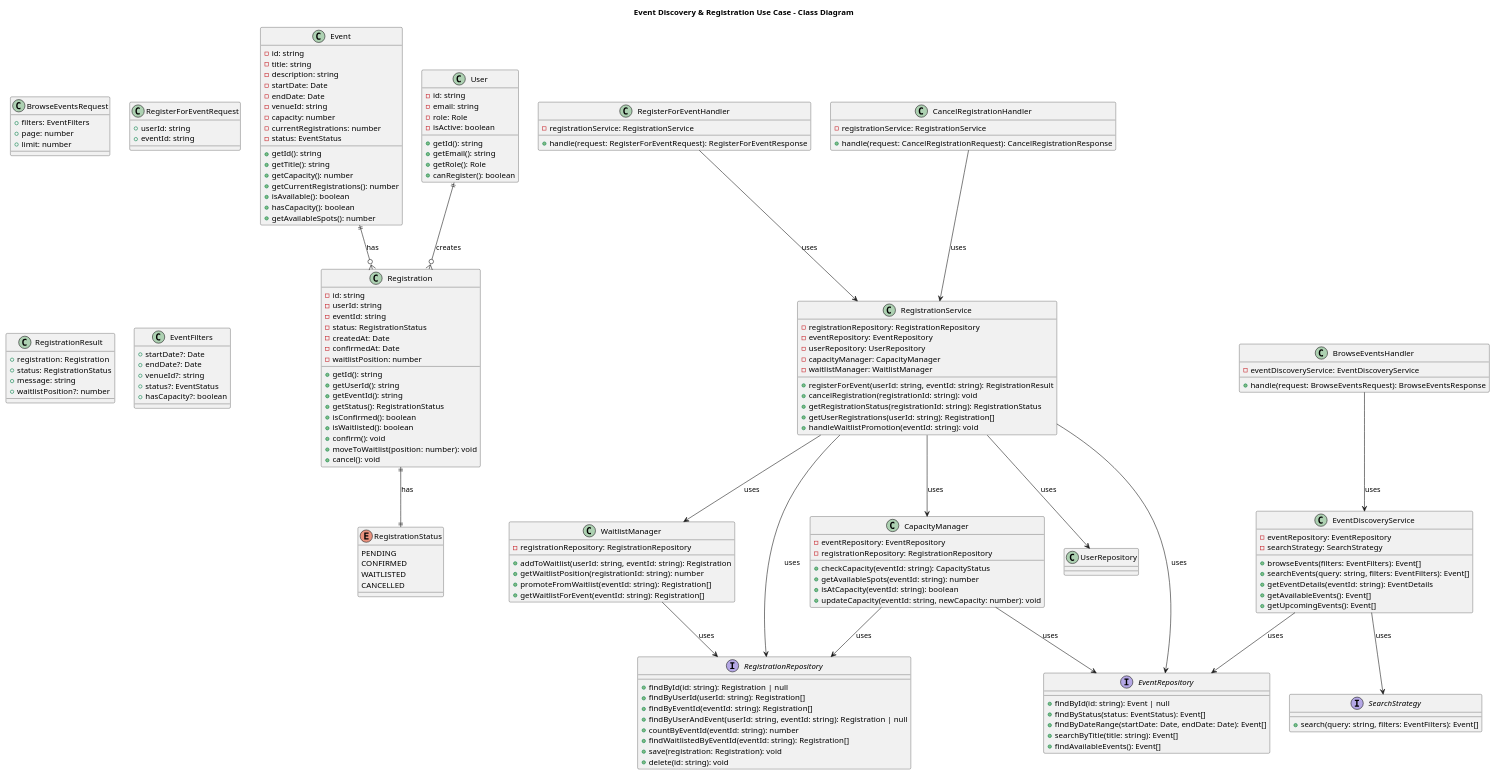
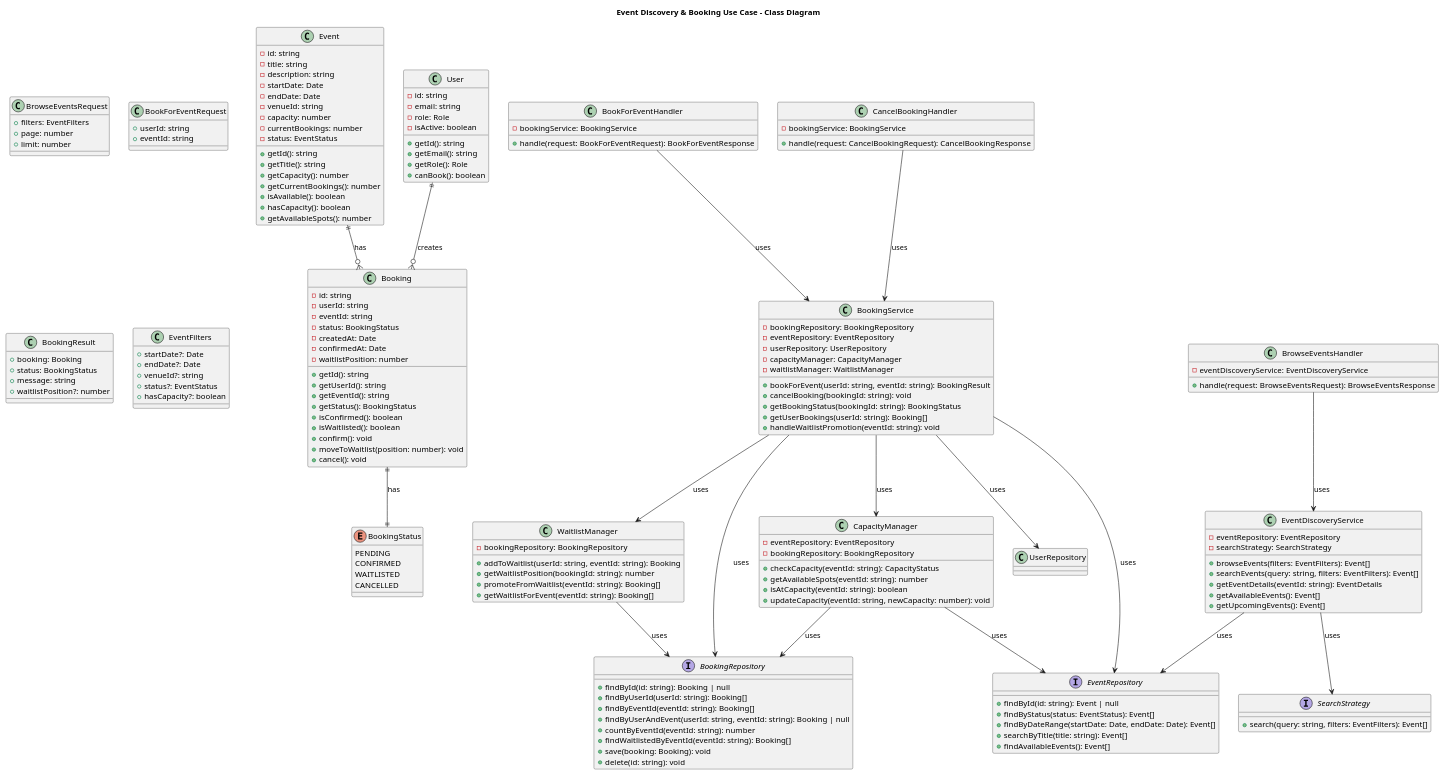
Before and after one commit to Buffden/Event-Management-System: the diagram in docs/low-level-design/uml/class-diagrams/03-event-discovery-registration-use-case.puml, drawn with PlantUML. The commit also changed 35 other files, not shown here.

```diff
--- a/docs/low-level-design/uml/class-diagrams/03-event-discovery-registration-use-case.puml
+++ b/docs/low-level-design/uml/class-diagrams/03-event-discovery-registration-use-case.puml
@@ -1,192 +1,192 @@
-@startuml EventDiscoveryRegistrationUseCase
-title Event Discovery & Registration Use Case - Class Diagram
+@startuml EventDiscoveryBookingUseCase
+title Event Discovery & Booking Use Case - Class Diagram
 
 ' Core Domain Entities
 class Event {
   - id: string
   - title: string
   - description: string
   - startDate: Date
   - endDate: Date
   - venueId: string
   - capacity: number
-  - currentRegistrations: number
+  - currentBookings: number
   - status: EventStatus
   + getId(): string
   + getTitle(): string
   + getCapacity(): number
-  + getCurrentRegistrations(): number
+  + getCurrentBookings(): number
   + isAvailable(): boolean
   + hasCapacity(): boolean
   + getAvailableSpots(): number
 }
 
-class Registration {
+class Booking {
   - id: string
   - userId: string
   - eventId: string
-  - status: RegistrationStatus
+  - status: BookingStatus
   - createdAt: Date
   - confirmedAt: Date
   - waitlistPosition: number
   + getId(): string
   + getUserId(): string
   + getEventId(): string
-  + getStatus(): RegistrationStatus
+  + getStatus(): BookingStatus
   + isConfirmed(): boolean
   + isWaitlisted(): boolean
   + confirm(): void
   + moveToWaitlist(position: number): void
   + cancel(): void
 }
 
 class User {
   - id: string
   - email: string
   - role: Role
   - isActive: boolean
   + getId(): string
   + getEmail(): string
   + getRole(): Role
-  + canRegister(): boolean
+  + canBook(): boolean
 }
 
-enum RegistrationStatus {
+enum BookingStatus {
   PENDING
   CONFIRMED
   WAITLISTED
   CANCELLED
 }
 
 ' Domain Services
 class EventDiscoveryService {
   - eventRepository: EventRepository
   - searchStrategy: SearchStrategy
   + browseEvents(filters: EventFilters): Event[]
   + searchEvents(query: string, filters: EventFilters): Event[]
   + getEventDetails(eventId: string): EventDetails
   + getAvailableEvents(): Event[]
   + getUpcomingEvents(): Event[]
 }
 
-class RegistrationService {
-  - registrationRepository: RegistrationRepository
+class BookingService {
+  - bookingRepository: BookingRepository
   - eventRepository: EventRepository
   - userRepository: UserRepository
   - capacityManager: CapacityManager
   - waitlistManager: WaitlistManager
-  + registerForEvent(userId: string, eventId: string): RegistrationResult
-  + cancelRegistration(registrationId: string): void
-  + getRegistrationStatus(registrationId: string): RegistrationStatus
-  + getUserRegistrations(userId: string): Registration[]
+  + bookForEvent(userId: string, eventId: string): BookingResult
+  + cancelBooking(bookingId: string): void
+  + getBookingStatus(bookingId: string): BookingStatus
+  + getUserBookings(userId: string): Booking[]
   + handleWaitlistPromotion(eventId: string): void
 }
 
 class CapacityManager {
   - eventRepository: EventRepository
-  - registrationRepository: RegistrationRepository
+  - bookingRepository: BookingRepository
   + checkCapacity(eventId: string): CapacityStatus
   + getAvailableSpots(eventId: string): number
   + isAtCapacity(eventId: string): boolean
   + updateCapacity(eventId: string, newCapacity: number): void
 }
 
 class WaitlistManager {
-  - registrationRepository: RegistrationRepository
-  + addToWaitlist(userId: string, eventId: string): Registration
-  + getWaitlistPosition(registrationId: string): number
-  + promoteFromWaitlist(eventId: string): Registration[]
-  + getWaitlistForEvent(eventId: string): Registration[]
+  - bookingRepository: BookingRepository
+  + addToWaitlist(userId: string, eventId: string): Booking
+  + getWaitlistPosition(bookingId: string): number
+  + promoteFromWaitlist(eventId: string): Booking[]
+  + getWaitlistForEvent(eventId: string): Booking[]
 }
 
 ' Application Handlers
 class BrowseEventsHandler {
   - eventDiscoveryService: EventDiscoveryService
   + handle(request: BrowseEventsRequest): BrowseEventsResponse
 }
 
-class RegisterForEventHandler {
-  - registrationService: RegistrationService
-  + handle(request: RegisterForEventRequest): RegisterForEventResponse
+class BookForEventHandler {
+  - bookingService: BookingService
+  + handle(request: BookForEventRequest): BookForEventResponse
 }
 
-class CancelRegistrationHandler {
-  - registrationService: RegistrationService
-  + handle(request: CancelRegistrationRequest): CancelRegistrationResponse
+class CancelBookingHandler {
+  - bookingService: BookingService
+  + handle(request: CancelBookingRequest): CancelBookingResponse
 }
 
 ' Infrastructure Layer
 interface EventRepository {
   + findById(id: string): Event | null
   + findByStatus(status: EventStatus): Event[]
   + findByDateRange(startDate: Date, endDate: Date): Event[]
   + searchByTitle(title: string): Event[]
   + findAvailableEvents(): Event[]
 }
 
-interface RegistrationRepository {
-  + findById(id: string): Registration | null
-  + findByUserId(userId: string): Registration[]
-  + findByEventId(eventId: string): Registration[]
-  + findByUserAndEvent(userId: string, eventId: string): Registration | null
+interface BookingRepository {
+  + findById(id: string): Booking | null
+  + findByUserId(userId: string): Booking[]
+  + findByEventId(eventId: string): Booking[]
+  + findByUserAndEvent(userId: string, eventId: string): Booking | null
   + countByEventId(eventId: string): number
-  + findWaitlistedByEventId(eventId: string): Registration[]
-  + save(registration: Registration): void
+  + findWaitlistedByEventId(eventId: string): Booking[]
+  + save(booking: Booking): void
   + delete(id: string): void
 }
 
 interface SearchStrategy {
   + search(query: string, filters: EventFilters): Event[]
 }
 
 ' DTOs
 class BrowseEventsRequest {
   + filters: EventFilters
   + page: number
   + limit: number
 }
 
-class RegisterForEventRequest {
+class BookForEventRequest {
   + userId: string
   + eventId: string
 }
 
-class RegistrationResult {
-  + registration: Registration
-  + status: RegistrationStatus
+class BookingResult {
+  + booking: Booking
+  + status: BookingStatus
   + message: string
   + waitlistPosition?: number
 }
 
 class EventFilters {
   + startDate?: Date
   + endDate?: Date
   + venueId?: string
   + status?: EventStatus
   + hasCapacity?: boolean
 }
 
 ' Relationships
-Event ||--o{ Registration : "has"
-User ||--o{ Registration : "creates"
-Registration ||--|| RegistrationStatus : "has"
+Event ||--o{ Booking : "has"
+User ||--o{ Booking : "creates"
+Booking ||--|| BookingStatus : "has"
 
 EventDiscoveryService --> EventRepository : "uses"
 EventDiscoveryService --> SearchStrategy : "uses"
 
-RegistrationService --> RegistrationRepository : "uses"
-RegistrationService --> EventRepository : "uses"
-RegistrationService --> UserRepository : "uses"
-RegistrationService --> CapacityManager : "uses"
-RegistrationService --> WaitlistManager : "uses"
+BookingService --> BookingRepository : "uses"
+BookingService --> EventRepository : "uses"
+BookingService --> UserRepository : "uses"
+BookingService --> CapacityManager : "uses"
+BookingService --> WaitlistManager : "uses"
 
 CapacityManager --> EventRepository : "uses"
-CapacityManager --> RegistrationRepository : "uses"
+CapacityManager --> BookingRepository : "uses"
 
-WaitlistManager --> RegistrationRepository : "uses"
+WaitlistManager --> BookingRepository : "uses"
 
 BrowseEventsHandler --> EventDiscoveryService : "uses"
-RegisterForEventHandler --> RegistrationService : "uses"
-CancelRegistrationHandler --> RegistrationService : "uses"
+BookForEventHandler --> BookingService : "uses"
+CancelBookingHandler --> BookingService : "uses"
 
 @enduml
```
